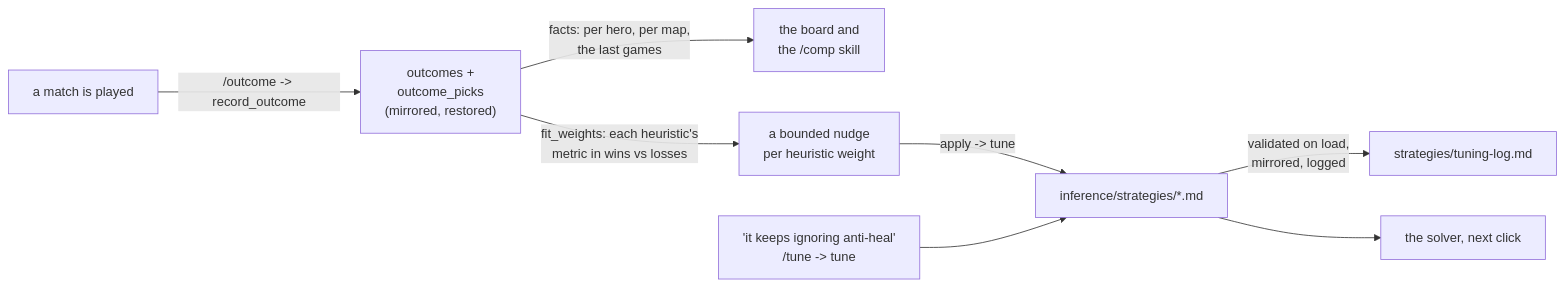
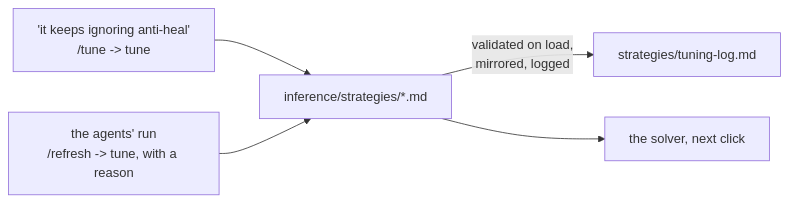
Before and after one commit to mmikol/counter-utility-matrix: the diagram in docs/inference.md, drawn with Mermaid. The commit also changed other lines of this file and 42 other files, not shown here.

First line of the commit message:
Recording is gone: no stored comps, no outcomes, no fit, no transcripts

````diff
--- a/docs/inference.md
+++ b/docs/inference.md
@@ -95,10 +95,7 @@
 ```mermaid
 flowchart LR
-    GAME["a match is played"] -->|"/outcome -> record_outcome"| OUT["outcomes +<br/>outcome_picks<br/>(mirrored, restored)"]
-    OUT -->|"facts: per hero, per map,<br/>the last games"| BOARD["the board and<br/>the /comp skill"]
-    OUT -->|"fit_weights: each heuristic's<br/>metric in wins vs losses"| FIT["a bounded nudge<br/>per heuristic weight"]
-    FIT -->|"apply -> tune"| HEUR["inference/strategies/*.md"]
-    USER["'it keeps ignoring anti-heal'<br/>/tune -> tune"] --> HEUR
+    USER["'it keeps ignoring anti-heal'<br/>/tune -> tune"] --> HEUR["inference/strategies/*.md"]
+    AGENTS["the agents' run<br/>/refresh -> tune, with a reason"] --> HEUR
     HEUR -->|"validated on load,<br/>mirrored, logged"| LOG["strategies/tuning-log.md"]
     HEUR --> SOLVER["the solver, next click"]
 ```
````
